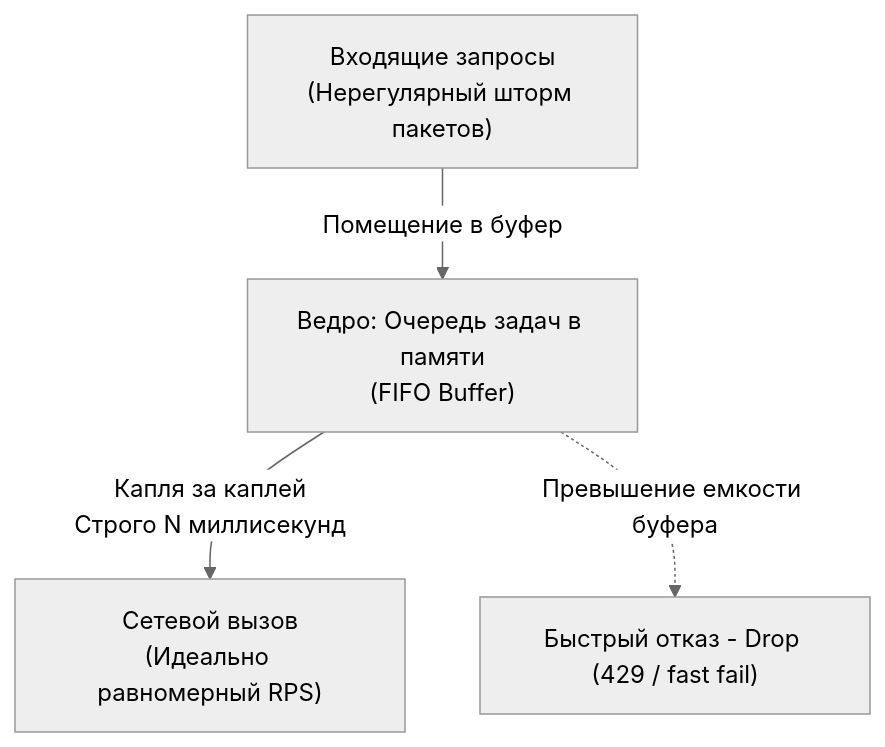
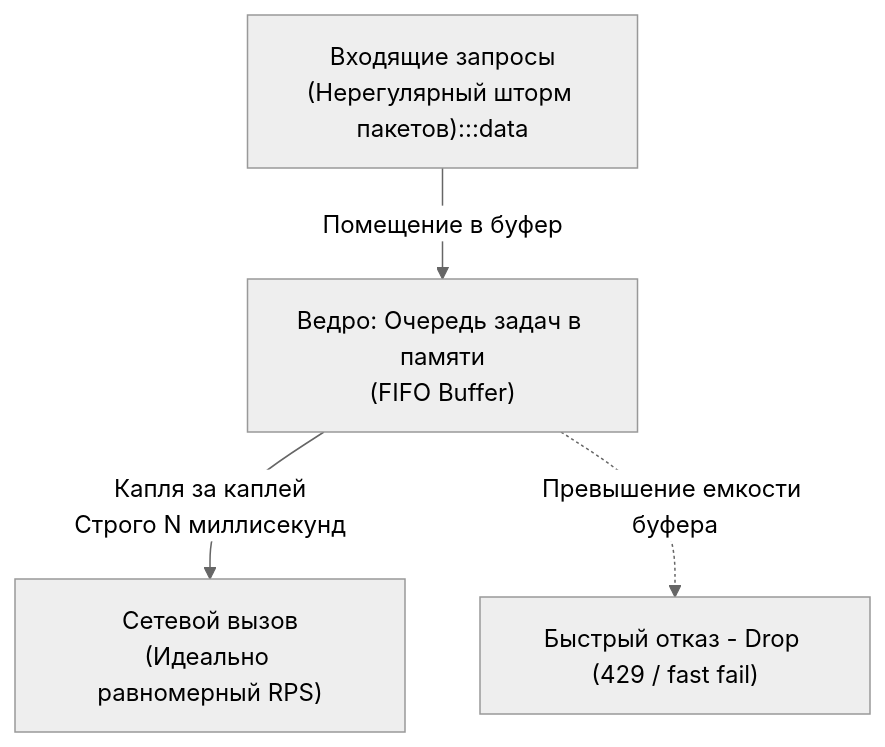
One commit to UnrealTemplier/go-textbook changed the second of 4 diagrams in sources/14. Распределенные системы на Go/06. Сеть/5. Traffic shaping.md. Above: the diagram before and after it, drawn with Mermaid (neutral theme). The commit also changed other lines of this file and 1666 other files, not shown here.

First line of the commit message:
feat(mermaid): add semantic color classDef to 1369 colorless flowchart/graph diagrams

````diff
--- a/sources/14. Распределенные системы на Go/06. Сеть/5. Traffic shaping.md
+++ b/sources/14. Распределенные системы на Go/06. Сеть/5. Traffic shaping.md
@@ -59,7 +69,17 @@
 ```mermaid
 flowchart TD
-    In["Входящие запросы<br>(Нерегулярный шторм пакетов)"] -->|"Помещение в буфер"| Bucket["Ведро: Очередь задач в памяти<br>(FIFO Buffer)"]
+    classDef process  fill:#1e293b,stroke:#38bdf8,stroke-width:1px,color:#f8fafc
+    classDef success  fill:#064e3b,stroke:#34d399,stroke-width:1px,color:#f8fafc
+    classDef error    fill:#7f1d1d,stroke:#f87171,stroke-width:1px,color:#f8fafc
+    classDef warning  fill:#78350f,stroke:#fbbf24,stroke-width:1px,color:#f8fafc
+    classDef entry    fill:#1e3a5f,stroke:#38bdf8,stroke-width:2px,color:#f8fafc
+    classDef aux      fill:#334155,stroke:#64748b,stroke-width:1px,color:#f8fafc
+    classDef system   fill:#312e81,stroke:#a78bfa,stroke-width:1px,color:#f8fafc
+    classDef data     fill:#132d29,stroke:#2dd4bf,stroke-width:1px,color:#f8fafc
+    classDef network  fill:#881337,stroke:#fb7185,stroke-width:1px,color:#f8fafc
+    classDef accent   fill:#1e1b4b,stroke:#818cf8,stroke-width:1px,color:#f8fafc
+    In["Входящие запросы<br>(Нерегулярный шторм пакетов):::data"] -->|"Помещение в буфер"| Bucket["Ведро: Очередь задач в памяти<br>(FIFO Buffer)"]
     Bucket -->|"Капля за каплей<br>Строго N миллисекунд"| Out["Сетевой вызов<br>(Идеально равномерный RPS)"]
     
     Bucket -.->|"Превышение емкости буфера"| Overflow["Быстрый отказ - Drop (429 / fast fail)"]
 ```
````
